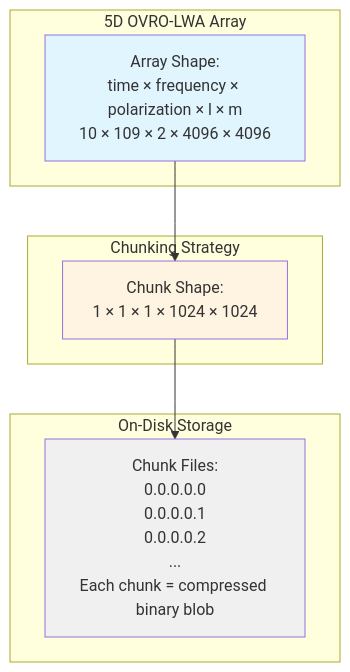
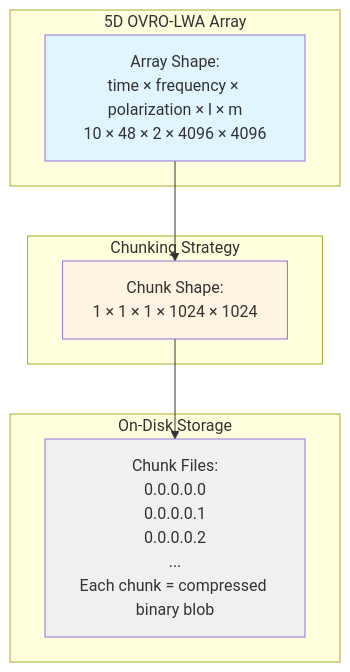
The diagram in docs/chunking-fundamentals.md (uw-ssec/ovro-lwa-portal), drawn with Mermaid before and after one commit. The commit also changed other lines of this file and 2 other files, not shown here.

````diff
--- a/docs/chunking-fundamentals.md
+++ b/docs/chunking-fundamentals.md
@@ -11,21 +11,21 @@
 ```mermaid
 flowchart TB
     subgraph "5D OVRO-LWA Array"
-        A["Array Shape:<br/>time × frequency × polarization × l × m<br/>10 × 109 × 2 × 4096 × 4096"]
+        A["Array Shape:<br/>time × frequency × polarization × l × m<br/>10 × 48 × 2 × 4096 × 4096"]
     end
 
     subgraph "Chunking Strategy"
         B["Chunk Shape:<br/>1 × 1 × 1 × 1024 × 1024"]
     end
 
     subgraph "On-Disk Storage"
         C["Chunk Files:<br/>0.0.0.0.0<br/>0.0.0.0.1<br/>0.0.0.0.2<br/>...<br/>Each chunk = compressed binary blob"]
     end
 
     A --> B
     B --> C
 
     style A fill:#e1f5ff
     style B fill:#fff4e1
     style C fill:#f0f0f0
 ```
````
